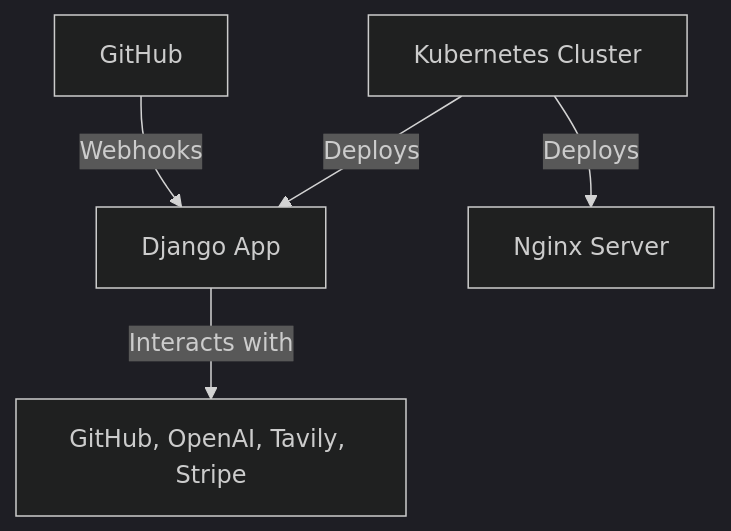
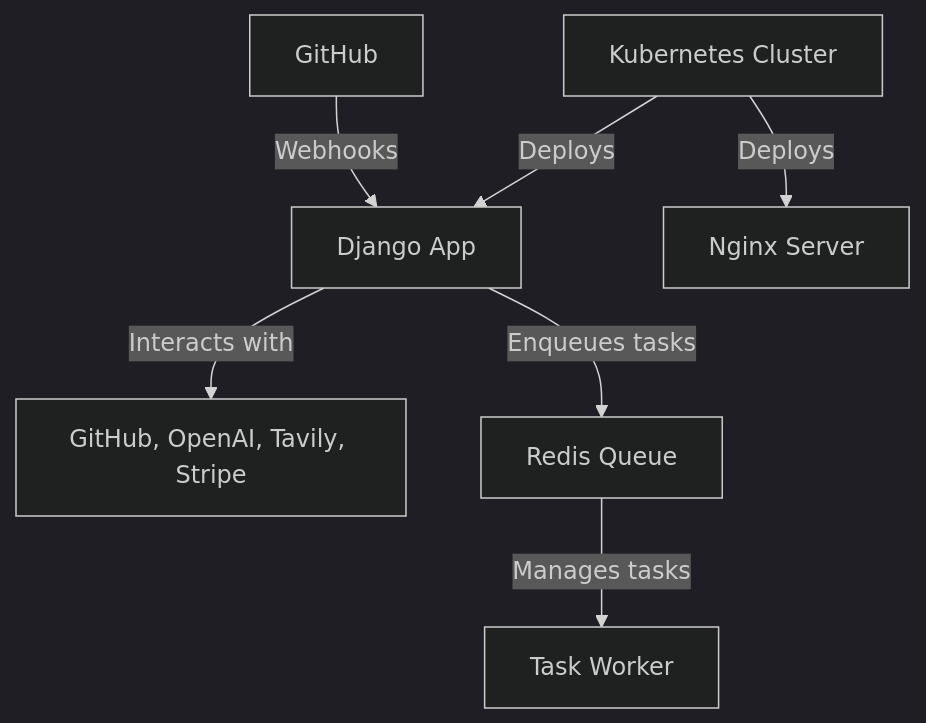
One commit to PR-Pilot-AI/pr-pilot changed the diagram in docs/code/architecture.md. Above: the diagram before and after it, drawn with Mermaid (dark theme). The commit also changed other lines of this file, not shown here.

Commit message:
Add task worker and Redis queue to architecture documentation

````diff
--- a/docs/code/architecture.md
+++ b/docs/code/architecture.md
@@ -7,7 +7,9 @@
 ```mermaid
 graph TD
     A[GitHub] -->|Webhooks| B[Django App]    
     C[Kubernetes Cluster] -->|Deploys| D[Nginx Server]
     C -->|Deploys| B
     B -->|Interacts with| E[GitHub, OpenAI, Tavily, Stripe]
+    B -->|Enqueues tasks| F[Redis Queue]
+    F -->|Manages tasks| G[Task Worker]
 ```
````
